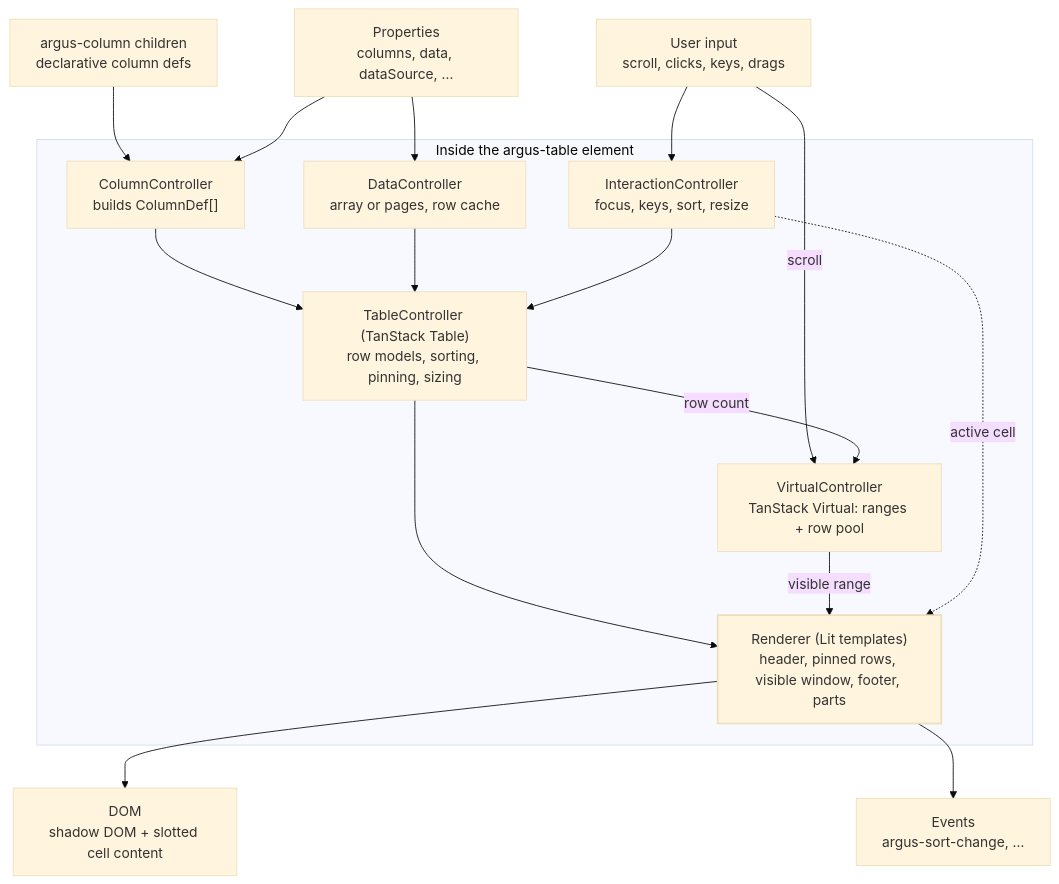
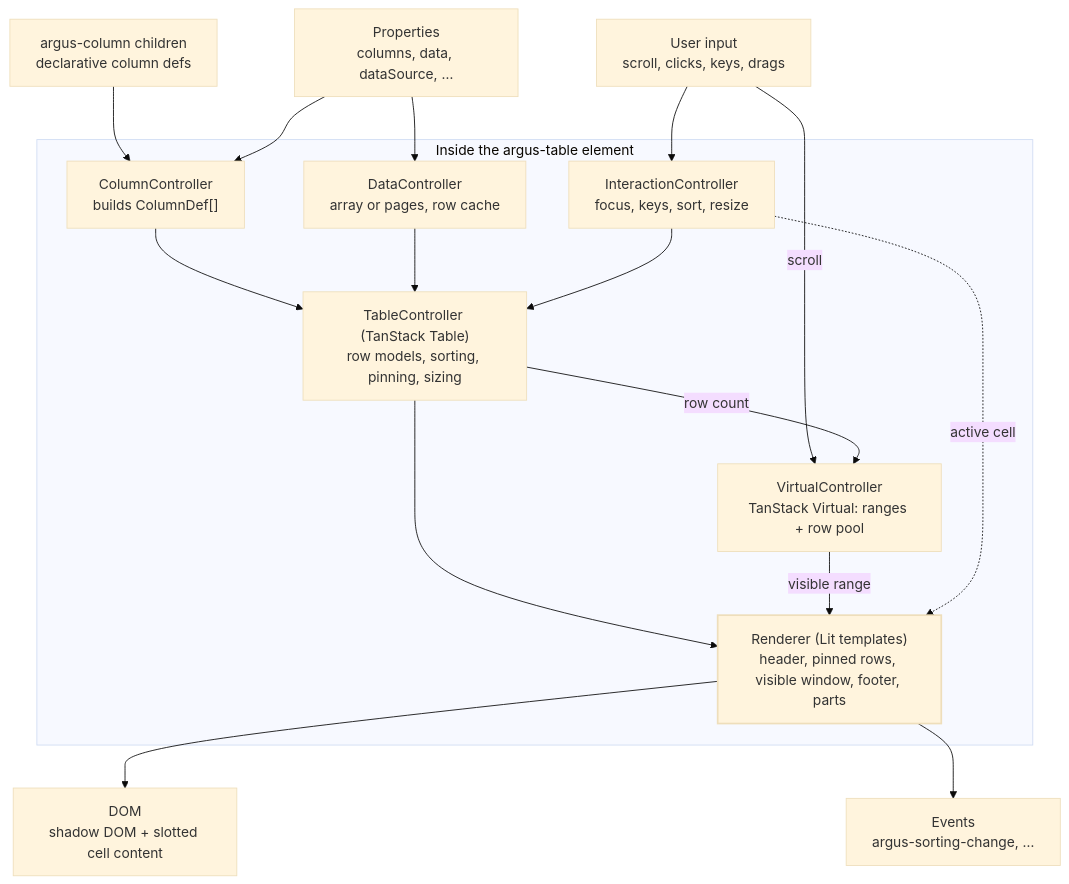
The diagram in docs/plan/code-architecture/01-module-map.md (Joessst-Dev/argus-table), drawn with Mermaid (base theme) before and after one commit. The commit also changed 63 other files, not shown here.

First line of the commit message:
feat!: state events are argus-<property>-change (ADR 0004) (#106)

````diff
--- a/docs/plan/code-architecture/01-module-map.md
+++ b/docs/plan/code-architecture/01-module-map.md
@@ -11,36 +11,36 @@
 ```mermaid
 flowchart TD
     children["argus-column children<br/>declarative column defs"]
     props["Properties<br/>columns, data, dataSource, …"]
     user["User input<br/>scroll, clicks, keys, drags"]
 
     subgraph element["Inside the argus-table element"]
         col["ColumnController<br/>builds ColumnDef[]"]
         data["DataController<br/>array or pages, row cache"]
         inter["InteractionController<br/>focus, keys, sort, resize"]
         table["TableController (TanStack Table)<br/>row models, sorting, pinning, sizing"]
         virt["VirtualController<br/>TanStack Virtual: ranges + row pool"]
         render["Renderer (Lit templates)<br/>header, pinned rows, visible window, footer, parts"]
     end
 
     dom["DOM<br/>shadow DOM + slotted cell content"]
-    events["Events<br/>argus-sort-change, …"]
+    events["Events<br/>argus-sorting-change, …"]
 
     children --> col
     props --> col
     props --> data
     user --> inter
     user -- scroll --> virt
     col --> table
     data --> table
     inter --> table
     table -- row count --> virt
     table --> render
     virt -- visible range --> render
     inter -. active cell .-> render
     render --> dom
     render --> events
 
     classDef main stroke-width:2px
     class render main
 ```
````
